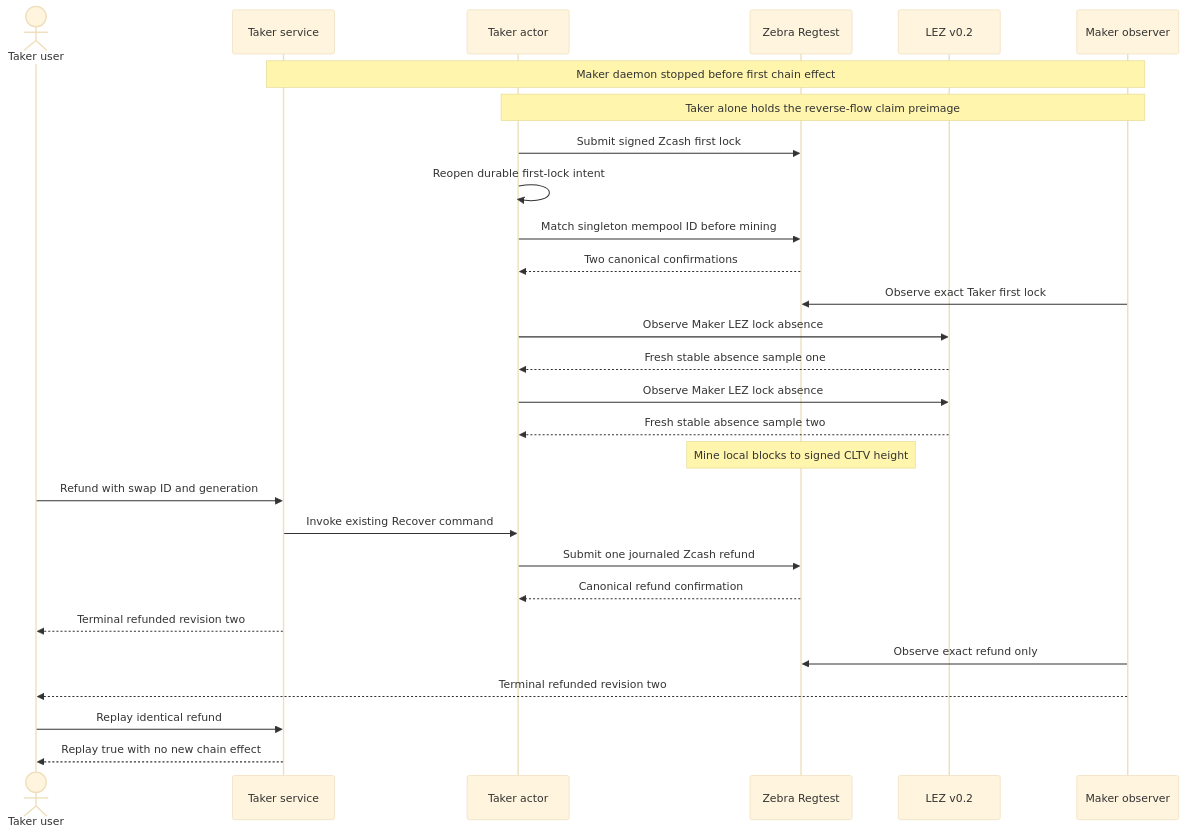
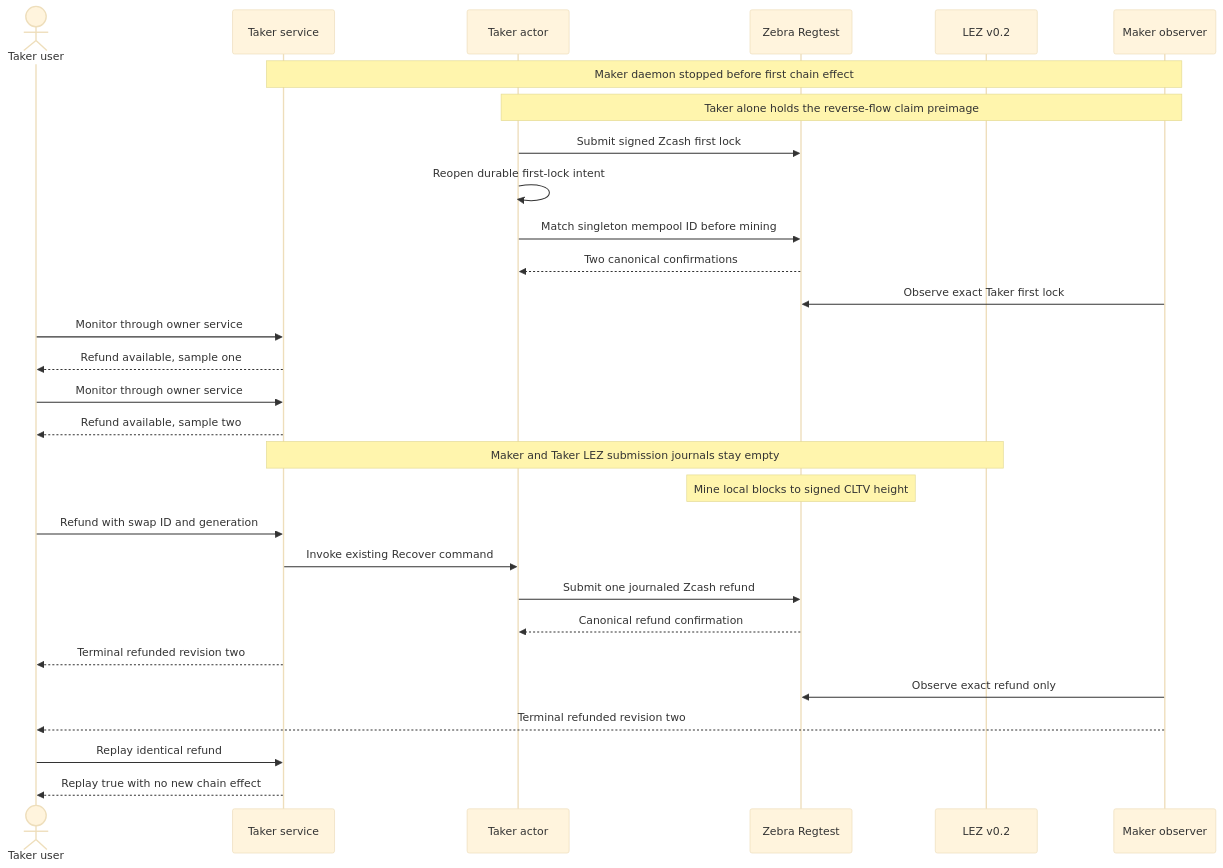
Before and after one commit to gateway-fm/lez-atomic-swaps: the second of 2 diagrams in docs/architecture/0199-recover-reverse-zec-first-lock-without-maker.md, drawn with Mermaid (base theme). The commit also changed other lines of this file and 3 other files, not shown here.

Commit message:
fix(m7): respect taker service ownership

````diff
--- a/docs/architecture/0199-recover-reverse-zec-first-lock-without-maker.md
+++ b/docs/architecture/0199-recover-reverse-zec-first-lock-without-maker.md
@@ -60,31 +67,32 @@
 ```mermaid
 sequenceDiagram
     actor U as Taker user
     participant S as Taker service
     participant T as Taker actor
     participant Z as Zebra Regtest
     participant L as LEZ v0.2
     participant M as Maker observer
 
     Note over S,M: Maker daemon stopped before first chain effect
     Note over T,M: Taker alone holds the reverse-flow claim preimage
     T->>Z: Submit signed Zcash first lock
     T->>T: Reopen durable first-lock intent
     T->>Z: Match singleton mempool ID before mining
     Z-->>T: Two canonical confirmations
     M->>Z: Observe exact Taker first lock
-    T->>L: Observe Maker LEZ lock absence
-    L-->>T: Fresh stable absence sample one
-    T->>L: Observe Maker LEZ lock absence
-    L-->>T: Fresh stable absence sample two
+    U->>S: Monitor through owner service
+    S-->>U: Refund available, sample one
+    U->>S: Monitor through owner service
+    S-->>U: Refund available, sample two
+    Note over S,L: Maker and Taker LEZ submission journals stay empty
     Note over Z: Mine local blocks to signed CLTV height
     U->>S: Refund with swap ID and generation
     S->>T: Invoke existing Recover command
     T->>Z: Submit one journaled Zcash refund
     Z-->>T: Canonical refund confirmation
     S-->>U: Terminal refunded revision two
     M->>Z: Observe exact refund only
     M-->>U: Terminal refunded revision two
     U->>S: Replay identical refund
     S-->>U: Replay true with no new chain effect
 ```
````
